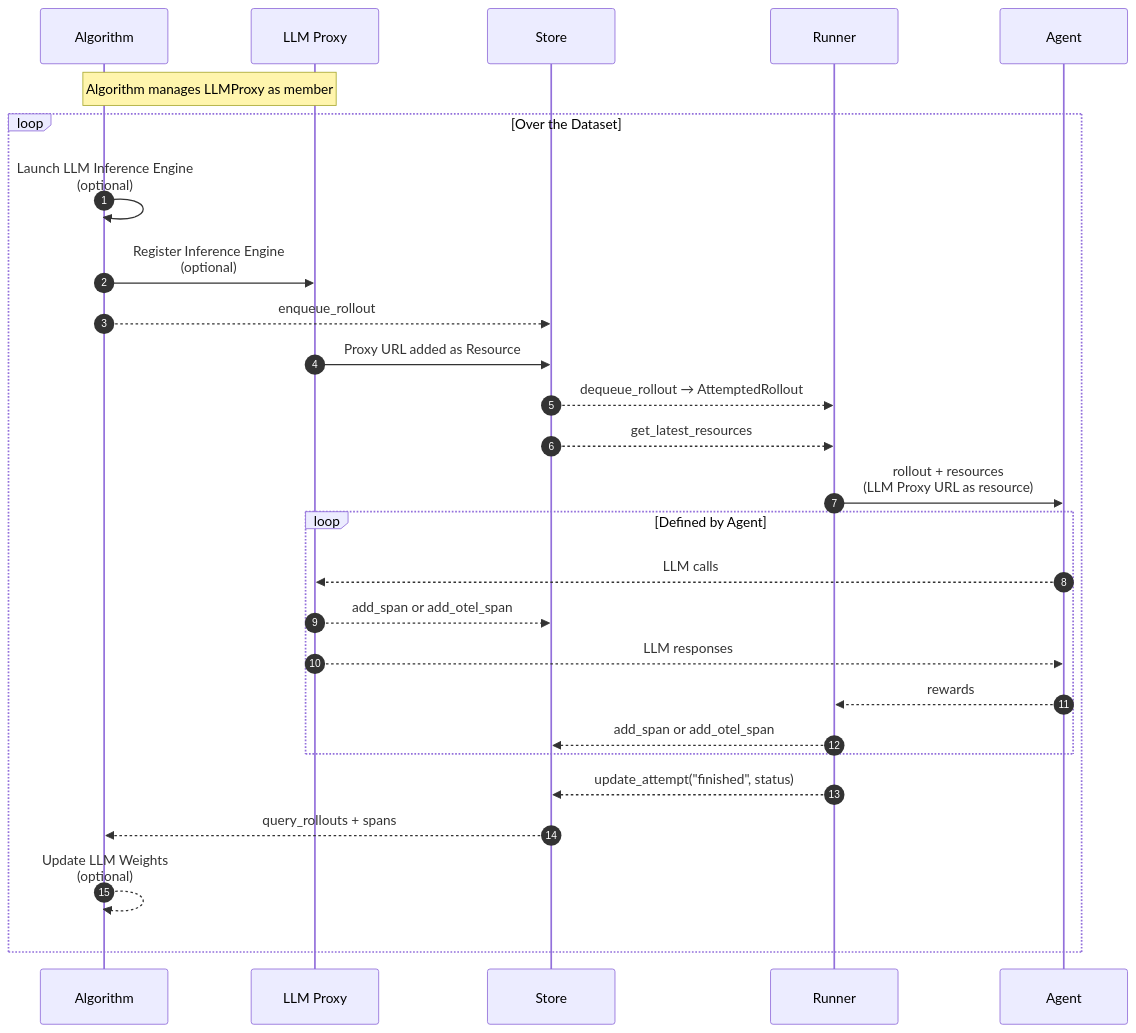
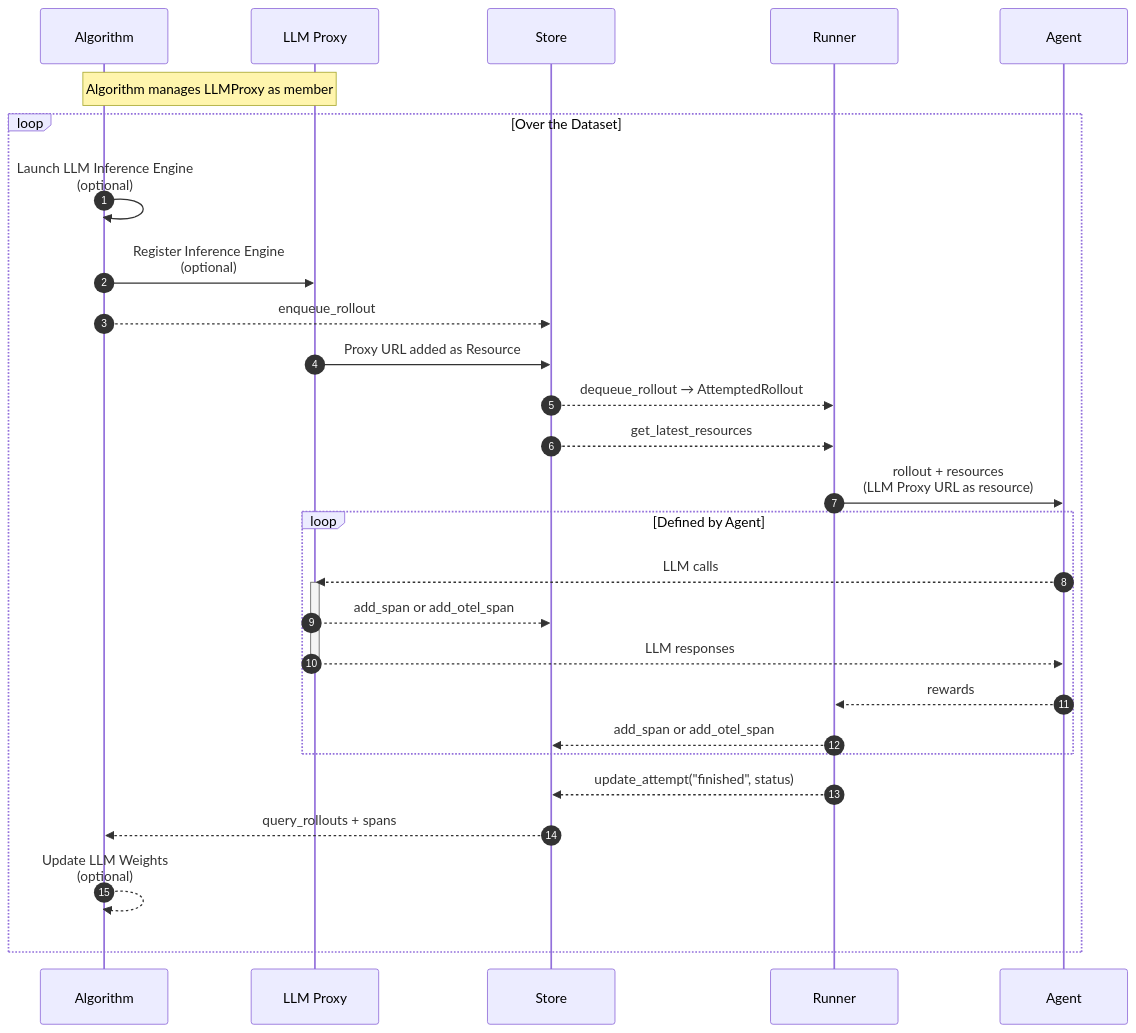
The fifth of 7 diagrams in docs/deep-dive/birds-eye-view.md (microsoft/agent-lightning), drawn with Mermaid before and after one commit. The commit also changed other lines of this file, not shown here.

````diff
--- a/docs/deep-dive/birds-eye-view.md
+++ b/docs/deep-dive/birds-eye-view.md
@@ -142,31 +142,33 @@
 ```mermaid
 sequenceDiagram
     autonumber
     participant Algo as Algorithm
     participant LLMProxy as LLM Proxy
     participant Store
     participant Runner
     participant Agent
 
     Note over Algo,LLMProxy: Algorithm manages LLMProxy as member
 
     loop Over the Dataset
         Algo->>Algo: Launch LLM Inference Engine<br>(optional)
         Algo->>LLMProxy: Register Inference Engine<br>(optional)
         Algo-->>Store: enqueue_rollout
         LLMProxy->>Store: Proxy URL added as Resource
         Store-->>Runner: dequeue_rollout → AttemptedRollout
         Store-->>Runner: get_latest_resources
         Runner->>Agent: rollout + resources<br>(LLM Proxy URL as resource)
         loop Defined by Agent
             Agent-->>LLMProxy: LLM calls
+            activate LLMProxy
             LLMProxy-->>Store: add_span or add_otel_span
             LLMProxy-->>Agent: LLM responses
+            deactivate LLMProxy
             Agent-->>Runner: rewards
             Runner-->>Store: add_span or add_otel_span
         end
         Runner-->>Store: update_attempt("finished", status)
         Store-->>Algo: query_rollouts + spans
         Algo-->>Algo: Update LLM Weights<br>(optional)
     end
 ```
````
